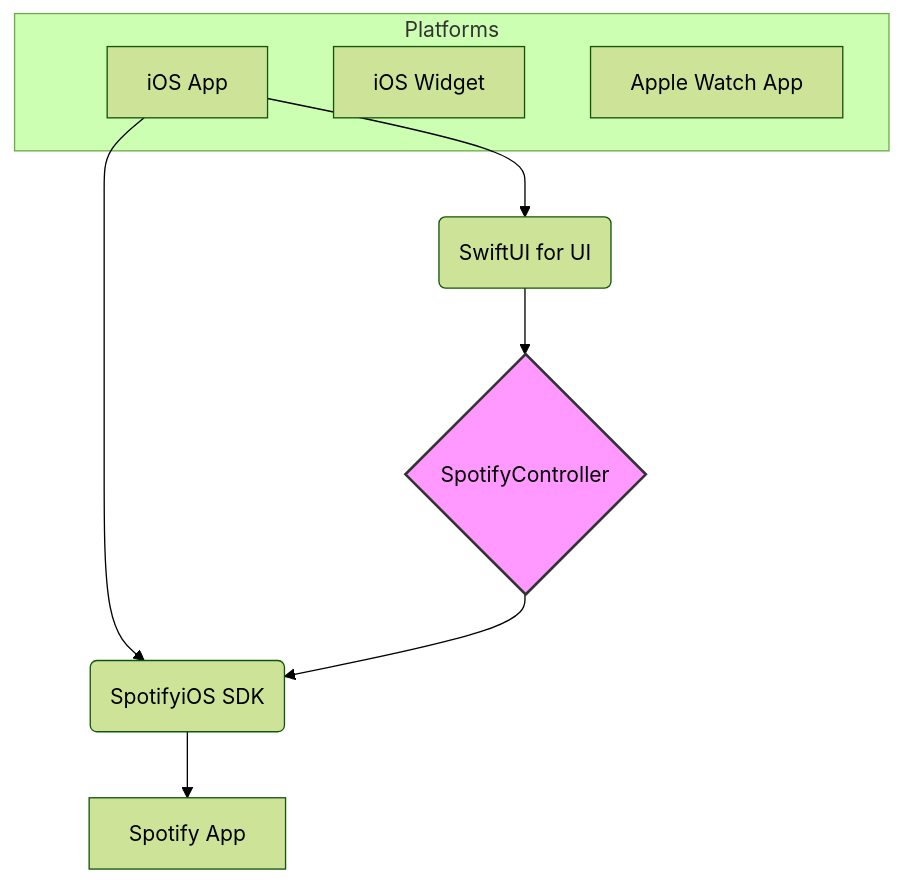
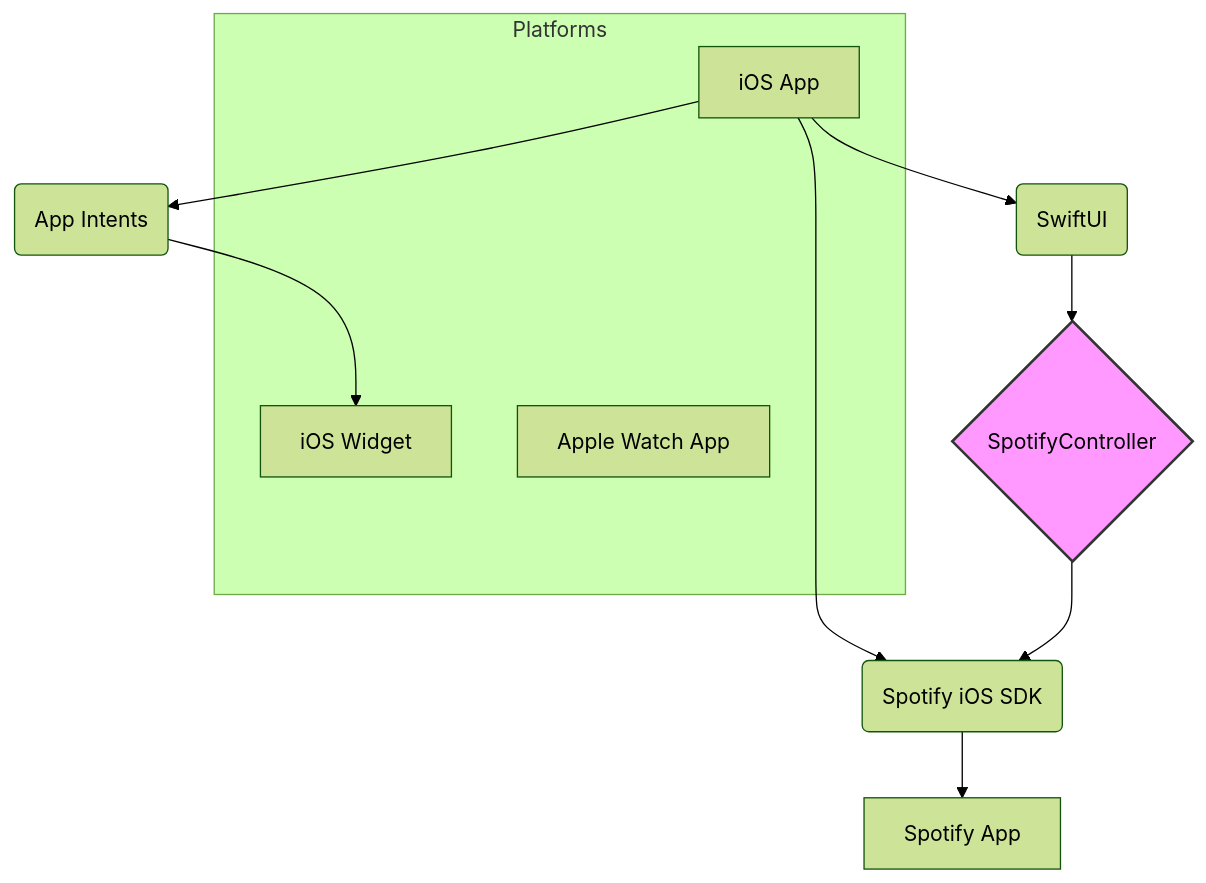
The diagram in README.md (BrandonLC2020/NowPlaying), drawn with Mermaid (forest theme) before and after one commit. The commit also changed other lines of this file, not shown here.

````diff
--- a/README.md
+++ b/README.md
@@ -18,16 +23,18 @@
 ```mermaid
 graph TD
-    A[iOS App] --> B(SwiftUI for UI);
-    A --> C(SpotifyiOS SDK);
+    A[iOS App] --> B(SwiftUI);
+    A --> C(Spotify iOS SDK);
+    A --> H(App Intents);
     C --> D[Spotify App];
     B --> E{SpotifyController};
+    H --> F[iOS Widget];
     E --> C;
 
     subgraph "Platforms"
         A
-        F[iOS Widget]
+        F
         G[Apple Watch App]
     end
 
     style E fill:#f9f,stroke:#333,stroke-width:2px
 ```
````
